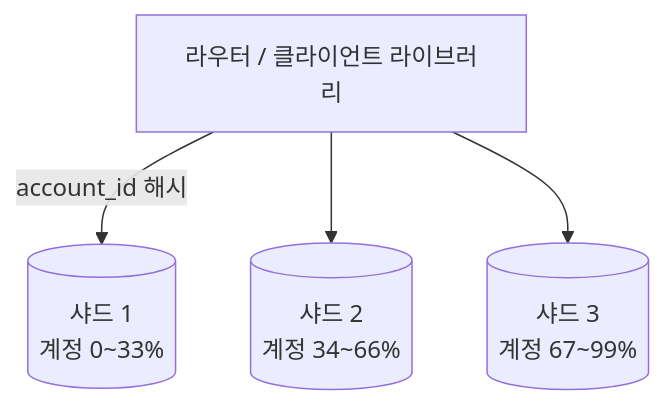
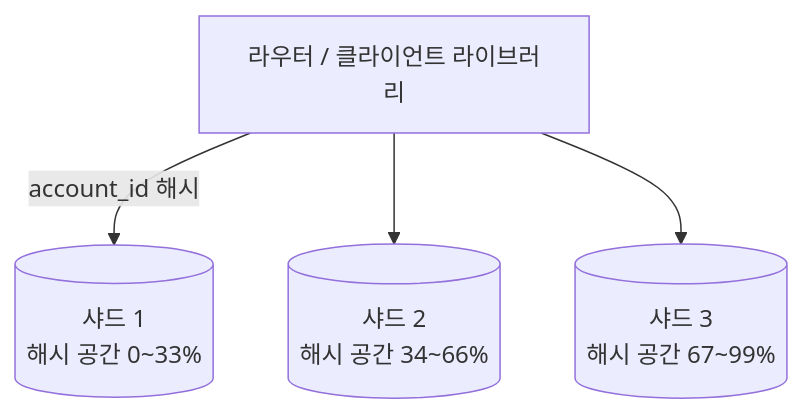
One commit to Rein-ArXiv/game-dev-curriculum changed the second of 2 diagrams in db/part03_replication_sharding.md. Above: the diagram before and after it, drawn with Mermaid. The commit also changed other lines of this file and 279 other files, not shown here.

````diff
--- a/db/part03_replication_sharding.md
+++ b/db/part03_replication_sharding.md
@@ -206,6 +206,6 @@
 ```mermaid
 flowchart TD
-    R[라우터 / 클라이언트 라이브러리] -->|account_id 해시| S1[(샤드 1<br/>계정 0~33%)]
-    R --> S2[(샤드 2<br/>계정 34~66%)]
-    R --> S3[(샤드 3<br/>계정 67~99%)]
+    R[라우터 / 클라이언트 라이브러리] -->|account_id 해시| S1[(샤드 1<br/>해시 공간 0~33%)]
+    R --> S2[(샤드 2<br/>해시 공간 34~66%)]
+    R --> S3[(샤드 3<br/>해시 공간 67~99%)]
 ```
````
